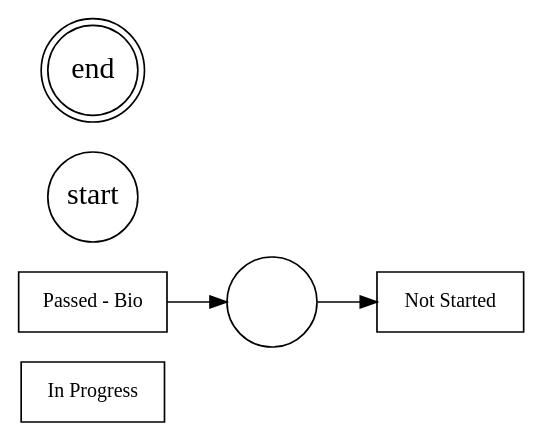
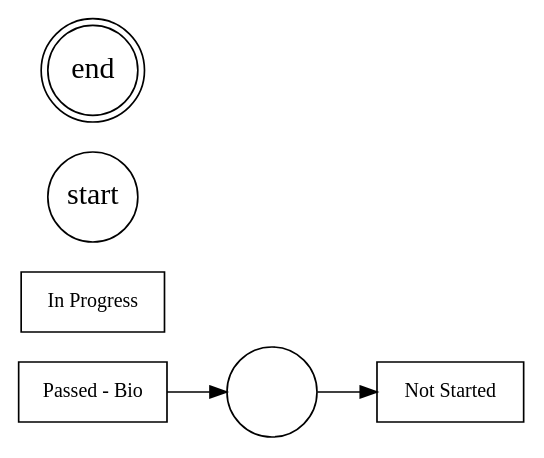
Before and after one commit to ProcessMining-uOttawa/ircc: the diagram in lifecycles/level2/alpha/Criminality Assessment.gv, drawn with Graphviz. The commit also changed 322 other files, not shown here.

```diff
--- a/lifecycles/level2/alpha/Criminality Assessment.gv
+++ b/lifecycles/level2/alpha/Criminality Assessment.gv
@@ -1,13 +1,13 @@
-digraph "alpha_classic_net_1731853347.5771809" {
+digraph "alpha_classic_net_1732282696.40698" {
 	graph [bgcolor=white rankdir=LR]
 	node [shape=box]
-	14117447824 [label="In Progress" border=1 fillcolor=white fontcolor=black fontsize=12 style=filled]
-	14117438800 [label="Not Started" border=1 fillcolor=white fontcolor=black fontsize=12 style=filled]
-	14117448912 [label="Passed - Bio" border=1 fillcolor=white fontcolor=black fontsize=12 style=filled]
-	14117450768 [label="start" fillcolor=white fixedsize=true fontsize=18 shape=circle style=filled width=0.75]
-	14097233616 [label="" fillcolor=white fixedsize=true shape=circle style=filled width=0.75]
-	14097225488 [label="end" fillcolor=white fixedsize=true fontsize=18 shape=doublecircle style=filled width=0.75]
-	14097233616 -> 14117438800 [label="" arrowhead=normal fontsize=12]
-	14117448912 -> 14097233616 [label="" arrowhead=normal fontsize=12]
+	13473878736 [label="Passed - Bio" border=1 fillcolor=white fontcolor=black fontsize=12 style=filled]
+	13453008144 [label="In Progress" border=1 fillcolor=white fontcolor=black fontsize=12 style=filled]
+	13453001040 [label="Not Started" border=1 fillcolor=white fontcolor=black fontsize=12 style=filled]
+	13453007312 [label="start" fillcolor=white fixedsize=true fontsize=18 shape=circle style=filled width=0.75]
+	13453013200 [label="" fillcolor=white fixedsize=true shape=circle style=filled width=0.75]
+	13453009104 [label="end" fillcolor=white fixedsize=true fontsize=18 shape=doublecircle style=filled width=0.75]
+	13453013200 -> 13453001040 [label="" arrowhead=normal fontsize=12]
+	13473878736 -> 13453013200 [label="" arrowhead=normal fontsize=12]
 	overlap=false
 }
```
